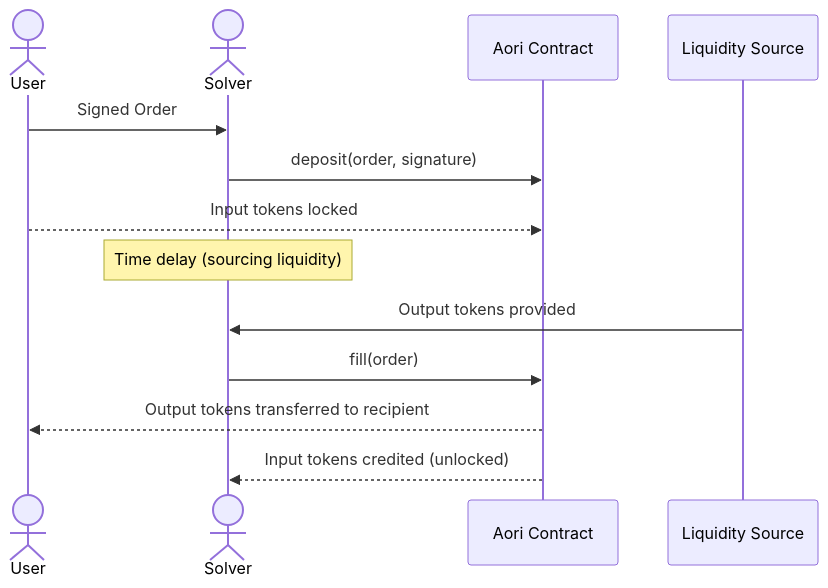
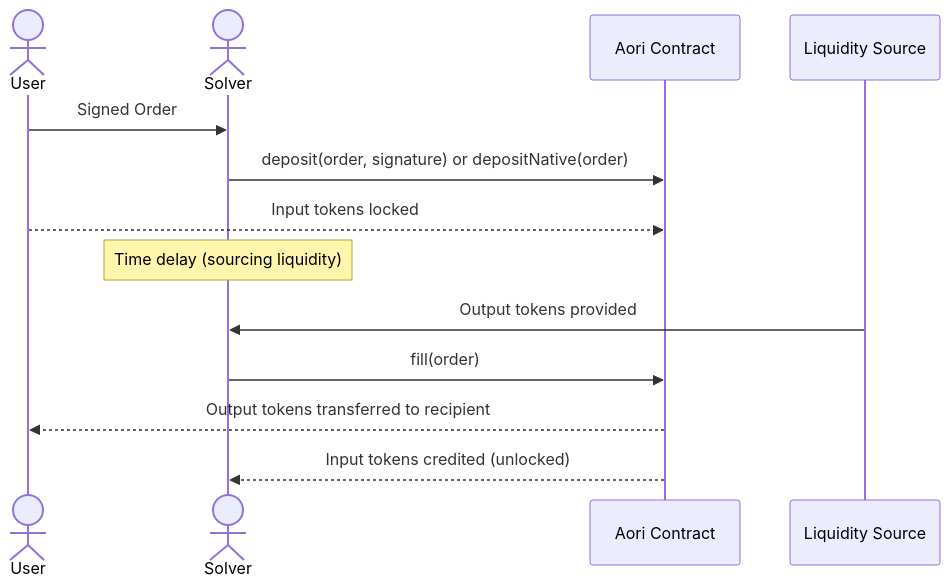
One commit to aori-io/aori changed the fifth of 6 diagrams in README.md. Above: the diagram before and after it, drawn with Mermaid. The commit also changed other lines of this file and 2 other files, not shown here.

````diff
--- a/README.md
+++ b/README.md
@@ -162,16 +170,16 @@
 ```mermaid
 sequenceDiagram
     actor User
     actor Solver
     participant Aori as Aori Contract
     participant LiqSrc as Liquidity Source
 
     User->>Solver: Signed Order
-    Solver->>Aori: deposit(order, signature)
+    Solver->>Aori: deposit(order, signature) or depositNative(order)
     User-->>Aori: Input tokens locked
     Note over Solver: Time delay (sourcing liquidity)
     LiqSrc->>Solver: Output tokens provided
     Solver->>Aori: fill(order)
     Aori-->>User: Output tokens transferred to recipient
     Aori-->>Solver: Input tokens credited (unlocked)
 ```
````
